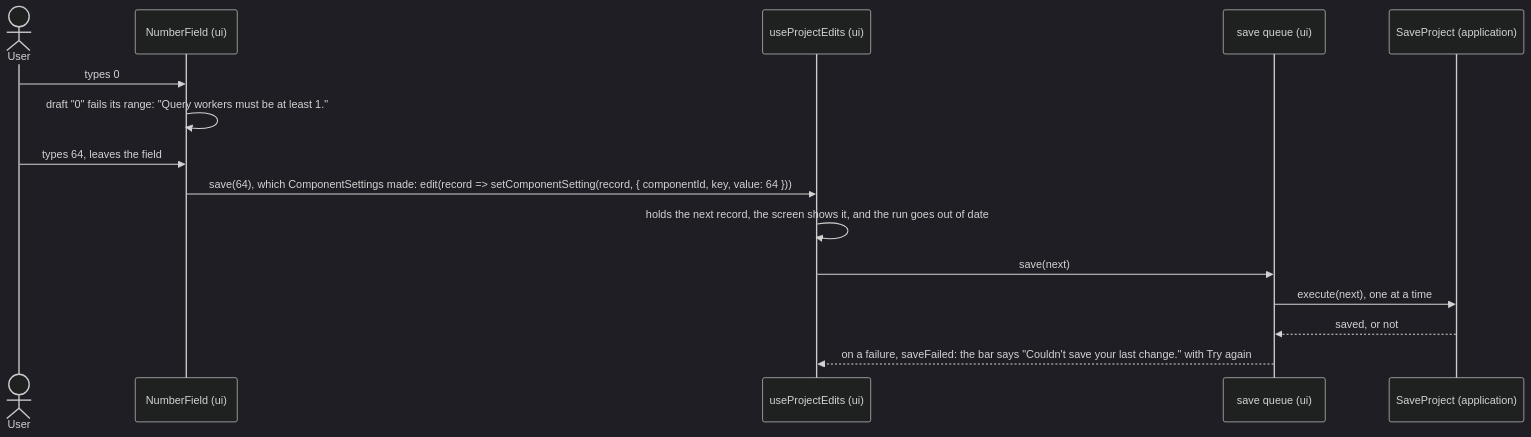
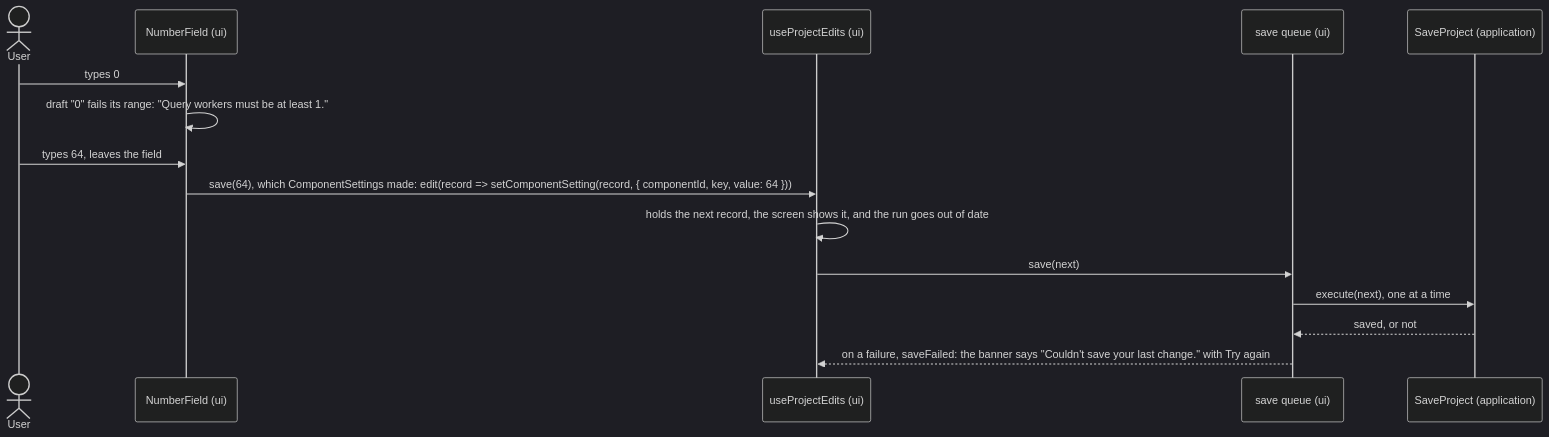
The second of 4 diagrams in docs/architecture/user-interface.md (alanbickel/wind-tunnel), drawn with Mermaid (dark theme) before and after one commit. The commit also changed other lines of this file and 25 other files, not shown here.

````diff
--- a/docs/architecture/user-interface.md
+++ b/docs/architecture/user-interface.md
@@ -122,17 +122,17 @@
 ```mermaid
 sequenceDiagram
     actor User
     participant F as NumberField (ui)
     participant E as useProjectEdits (ui)
     participant Q as save queue (ui)
     participant S as SaveProject (application)
     User->>F: types 0
     F->>F: draft "0" fails its range: "Query workers must be at least 1."
     User->>F: types 64, leaves the field
     F->>E: save(64), which ComponentSettings made: edit(record => setComponentSetting(record, { componentId, key, value: 64 }))
     E->>E: holds the next record, the screen shows it, and the run goes out of date
     E->>Q: save(next)
     Q->>S: execute(next), one at a time
     S-->>Q: saved, or not
-    Q-->>E: on a failure, saveFailed: the bar says "Couldn't save your last change." with Try again
+    Q-->>E: on a failure, saveFailed: the banner says "Couldn't save your last change." with Try again
 ```
````
